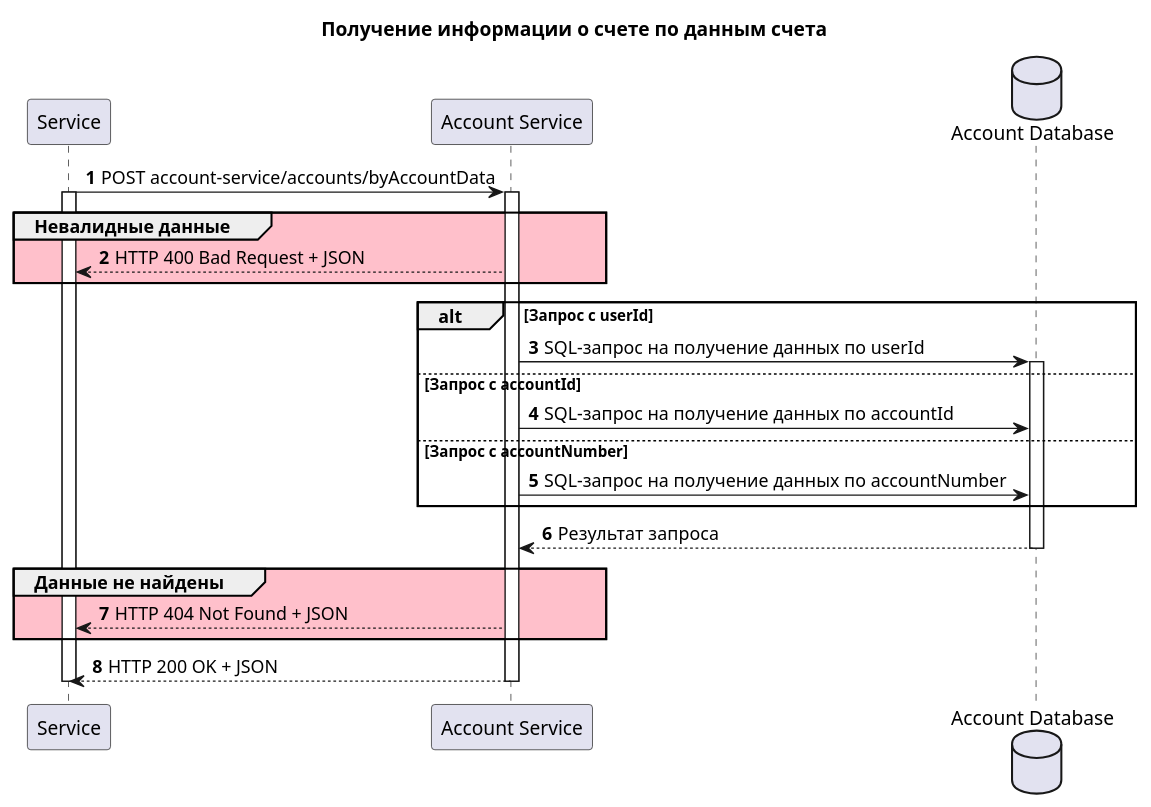
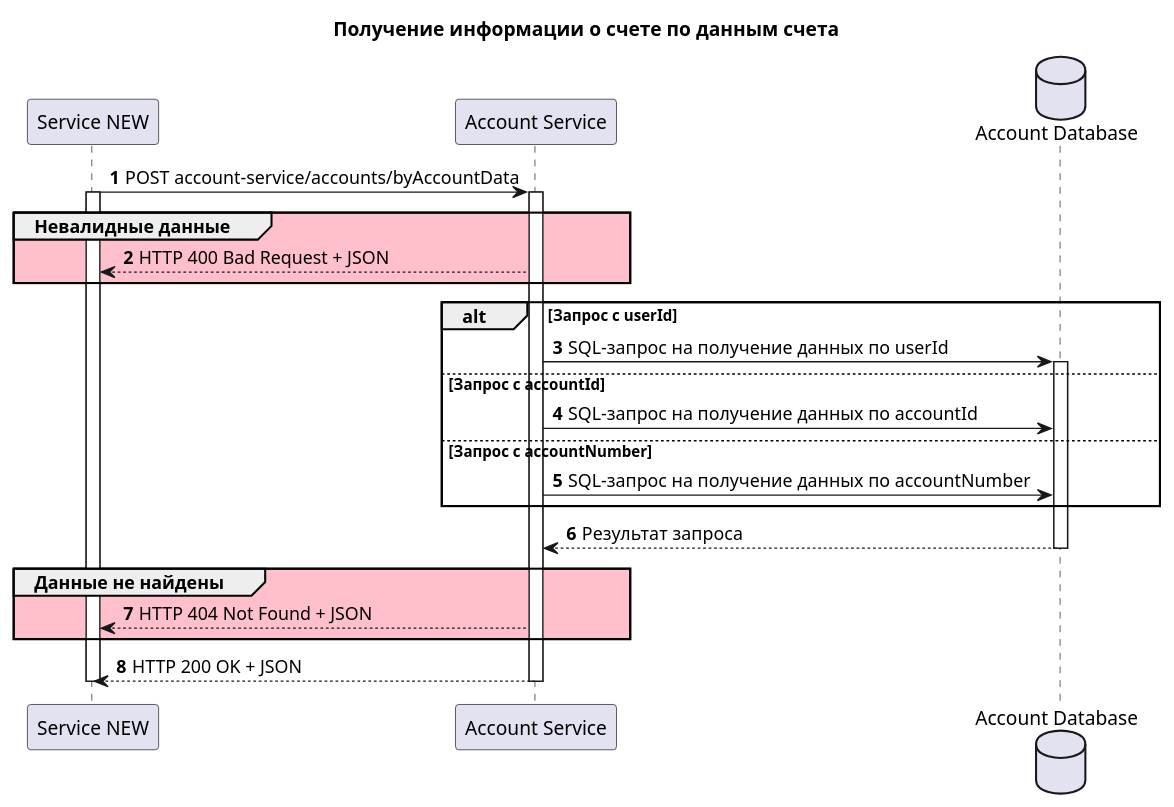
One commit to tragislav/ACCOUNT-SERVICE changed the diagram in AS-23.plantuml. Above: the diagram before and after it, drawn with PlantUML.

```diff
--- a/AS-23.plantuml
+++ b/AS-23.plantuml
@@ -1,33 +1,33 @@
 @startuml
 title Получение информации о счете по данным счета
 
-participant "Service" as service
+participant "Service NEW" as service
 participant "Account Service" as account_service
 database "Account Database" as db
 
 autonumber
 
 service -> account_service++: POST account-service/accounts/byAccountData
 activate service
 
 group #pink Невалидные данные
   account_service --> service: HTTP 400 Bad Request + JSON
 end
 
 alt Запрос с userId
   account_service -> db++: SQL-запрос на получение данных по userId
 else Запрос с accountId
   account_service -> db: SQL-запрос на получение данных по accountId
 else Запрос с accountNumber
   account_service -> db: SQL-запрос на получение данных по accountNumber
 end
 db --> account_service--: Результат запроса
 
 group #pink Данные не найдены
   account_service --> service: HTTP 404 Not Found + JSON
 end
 
 account_service --> service--: HTTP 200 OK + JSON
 deactivate service
 
 @enduml
```
